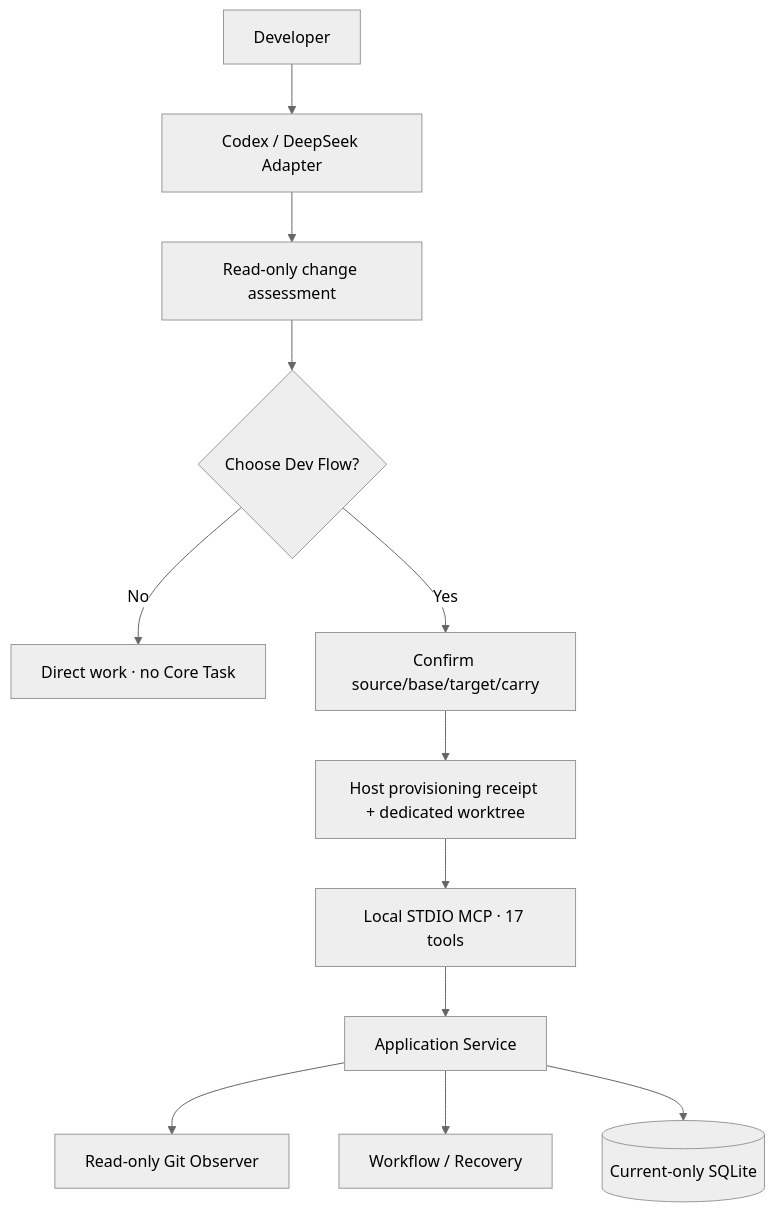
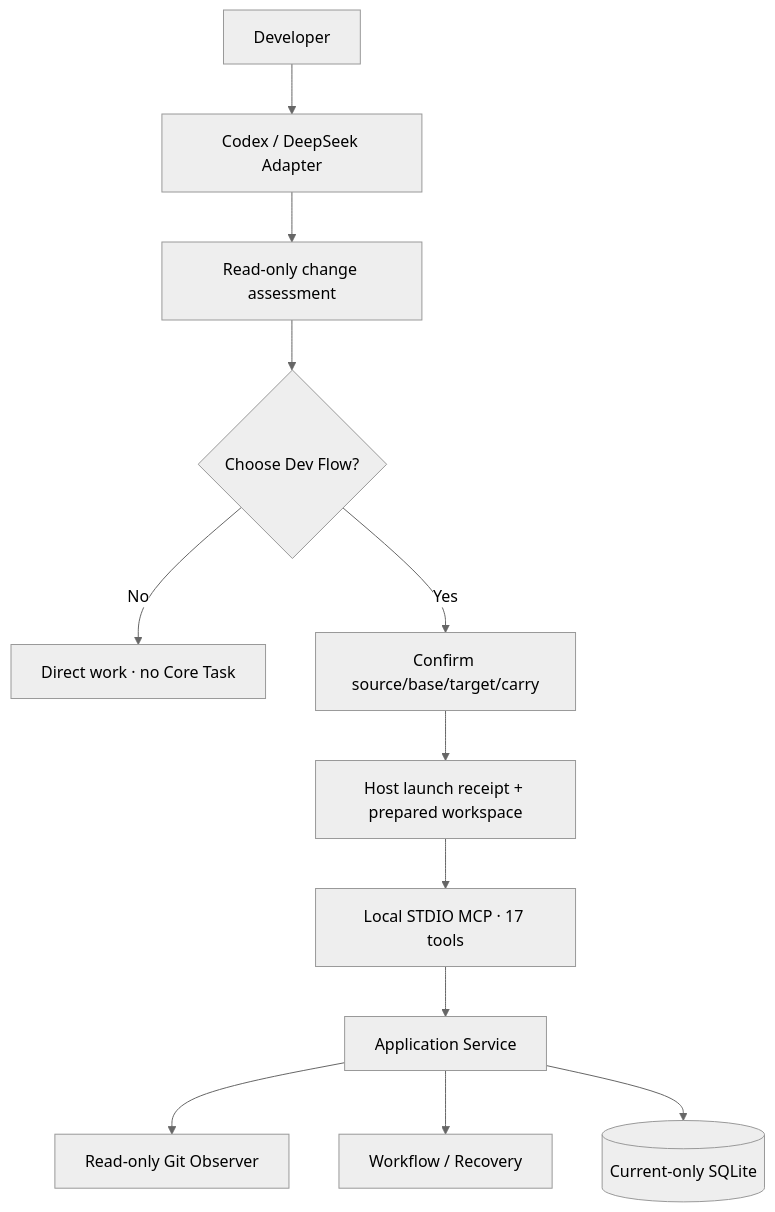
The diagram in docs/ARCHITECTURE_en.md (Innocent-children/dev-flow), drawn with Mermaid (neutral theme) before and after one commit. The commit also changed other lines of this file and 73 other files, not shown here.

````diff
--- a/docs/ARCHITECTURE_en.md
+++ b/docs/ARCHITECTURE_en.md
@@ -16,14 +16,14 @@
 ```mermaid
 flowchart TB
     U[Developer] --> H[Codex / DeepSeek Adapter]
     H --> A[Read-only change assessment]
     A --> C{Choose Dev Flow?}
     C -->|No| D[Direct work · no Core Task]
     C -->|Yes| P[Confirm source/base/target/carry]
-    P --> W[Host provisioning receipt + dedicated worktree]
+    P --> W[Host launch receipt + prepared workspace]
     W --> M[Local STDIO MCP · 17 tools]
     M --> S[Application Service]
     S --> G[Read-only Git Observer]
     S --> F[Workflow / Recovery]
     S --> DB[(Current-only SQLite)]
 ```
````
